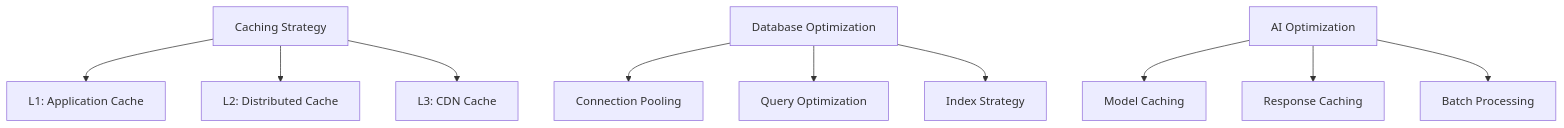
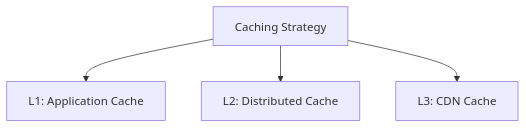
Diagram 14 of 23 in docs/030000_設計/033000_アーキテクチャ/033010_全体構成.md (daichiTAAA/AgentOpsPlatform), drawn with Mermaid before and after one commit. The commit also changed other lines of this file, not shown here.

````diff
--- a/docs/030000_設計/033000_アーキテクチャ/033010_全体構成.md
+++ b/docs/030000_設計/033000_アーキテクチャ/033010_全体構成.md
@@ -526,14 +544,6 @@
 ```mermaid
 graph TD
     A[Caching Strategy] --> B[L1: Application Cache]
     A --> C[L2: Distributed Cache]
     A --> D[L3: CDN Cache]
-    
-    E[Database Optimization] --> F[Connection Pooling]
-    E --> G[Query Optimization]
-    E --> H[Index Strategy]
-    
-    I[AI Optimization] --> J[Model Caching]
-    I --> K[Response Caching]
-    I --> L[Batch Processing]
 ```
````
